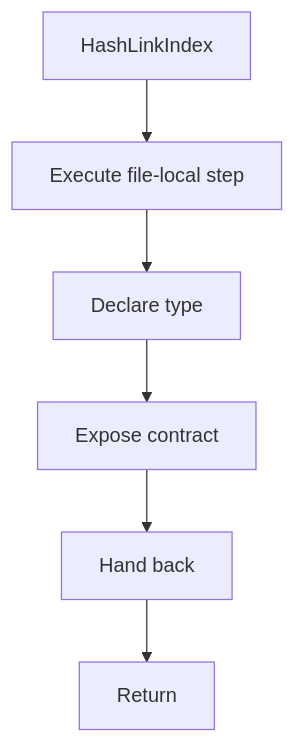
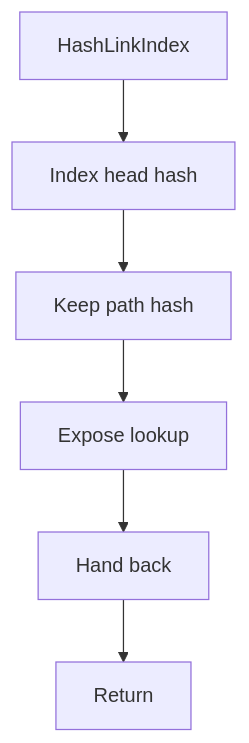
One commit to JohnAndrewBalbarosa/NeoTerritory changed the diagram in docs/Codebase/Microservice/Modules/Header/HashingMechanism/HashLinks/Flow/functions/hashlinkindex.hpp.md. Above: the diagram before and after it, drawn with Mermaid. The commit also changed other lines of this file and 147 other files, not shown here.

````diff
--- a/docs/Codebase/Microservice/Modules/Header/HashingMechanism/HashLinks/Flow/functions/hashlinkindex.hpp.md
+++ b/docs/Codebase/Microservice/Modules/Header/HashingMechanism/HashLinks/Flow/functions/hashlinkindex.hpp.md
@@ -16,14 +22,14 @@
 ```mermaid
 flowchart TD
     Start["HashLinkIndex"]
-    N0["Execute file-local step"]
-    N1["Declare type"]
-    N2["Expose contract"]
+    N0["Index head hash"]
+    N1["Keep path hash"]
+    N2["Expose lookup"]
     N3["Hand back"]
     End["Return"]
     Start --> N0
     N0 --> N1
     N1 --> N2
     N2 --> N3
     N3 --> End
 ```
````
